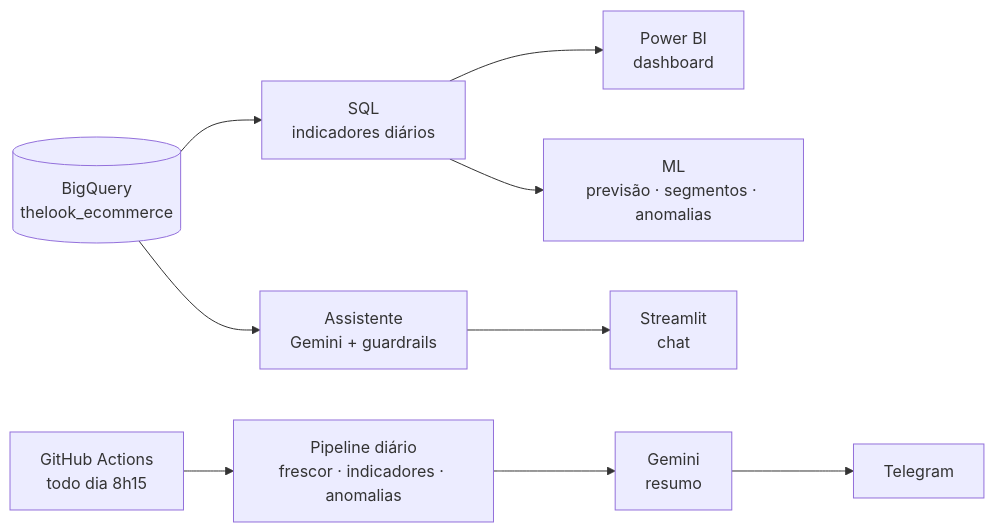
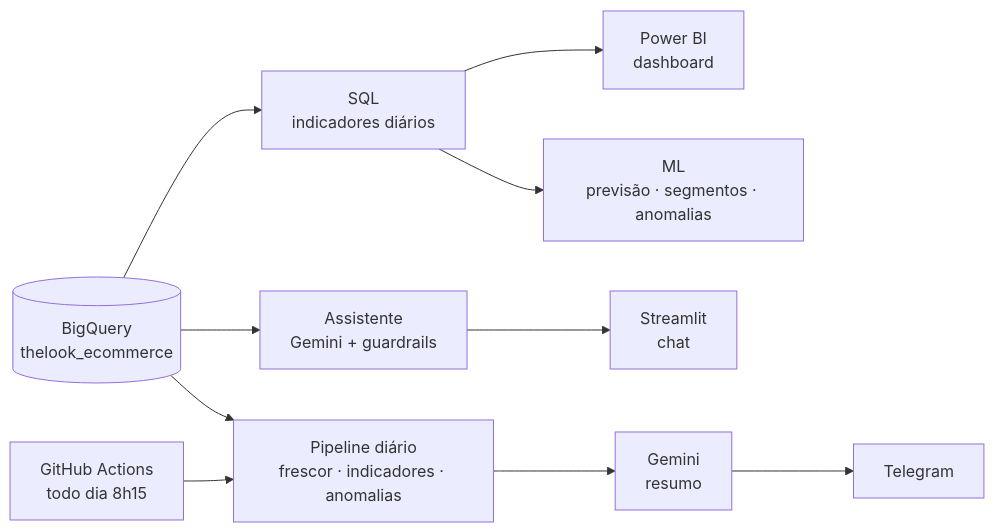
One commit to rafaelsimoesdev/torre-controle-ecommerce-ia changed the diagram in README.md. Above: the diagram before and after it, drawn with Mermaid. The commit also changed other lines of this file, not shown here.

Commit message:
Liga o pipeline ao BigQuery no diagrama e ajusta o Sobre

````diff
--- a/README.md
+++ b/README.md
@@ -19,11 +19,12 @@
 ```mermaid
 flowchart LR
     BQ[(BigQuery<br/>thelook_ecommerce)] --> SQL[SQL<br/>indicadores diários]
     SQL --> PBI[Power BI<br/>dashboard]
     SQL --> ML[ML<br/>previsão · segmentos · anomalias]
     BQ --> AS[Assistente<br/>Gemini + guardrails]
     AS --> ST[Streamlit<br/>chat]
     GA[GitHub Actions<br/>todo dia 8h15] --> PD[Pipeline diário<br/>frescor · indicadores · anomalias]
+    BQ --> PD
     PD --> GE[Gemini<br/>resumo]
     GE --> TG[Telegram]
 ```
````
